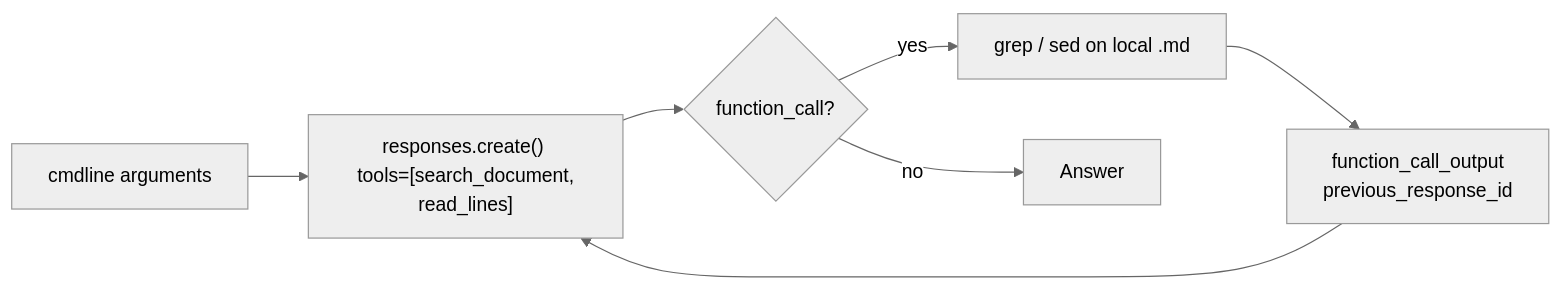
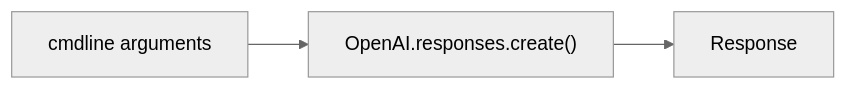
The seventh of 8 diagrams in python/README.md (ivorycloud1013/lab-azure-hol-ai-services), drawn with Mermaid before and after one commit. The commit also changed other lines of this file and 8 other files, not shown here.

````diff
--- a/python/README.md
+++ b/python/README.md
@@ -298,8 +280,5 @@
 ```mermaid
 %%{init: {"theme": "neutral"}}%%
 flowchart LR
-    USER["cmdline arguments"] --> REQ["responses.create() <br/> tools=[search_document, read_lines]"]
-    REQ --> FC{"function_call?"}
-    FC -- yes --> RUN["grep / sed on local .md"] --> BACK["function_call_output <br/> previous_response_id"] --> REQ
-    FC -- no --> OUT["Answer"]
+    USER["cmdline arguments"] --> REQ["OpenAI.responses.create()"] --> OUT["Response"]
 ```
````
